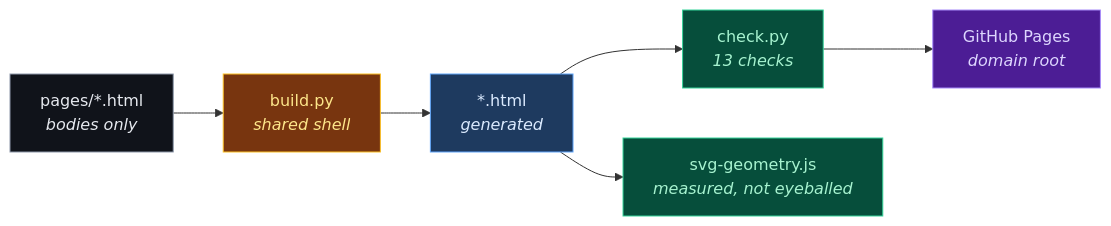
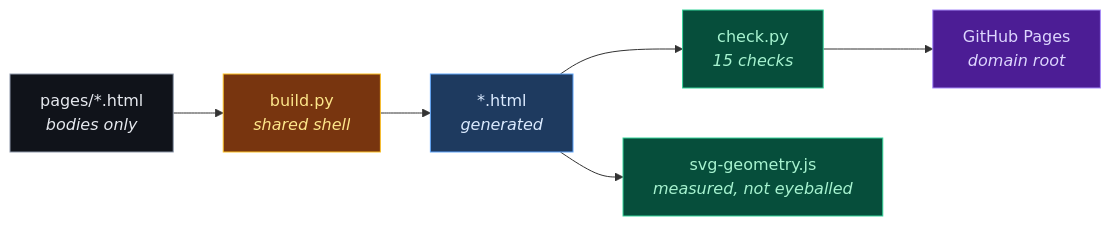
The diagram in README.md (doublegate-io/doublegate-io.github.io), drawn with Mermaid before and after one commit. The commit also changed other lines of this file and 21 other files, not shown here.

````diff
--- a/README.md
+++ b/README.md
@@ -28,15 +28,15 @@
 ```mermaid
 flowchart LR
   P["pages/*.html<br/><i>bodies only</i>"] --> B["build.py<br/><i>shared shell</i>"]
   B --> O["*.html<br/><i>generated</i>"]
-  O --> C["check.py<br/><i>13 checks</i>"]
+  O --> C["check.py<br/><i>15 checks</i>"]
   O --> G["svg-geometry.js<br/><i>measured, not eyeballed</i>"]
   C --> D["GitHub Pages<br/><i>domain root</i>"]
 
   style P fill:#10131a,stroke:#8d97a9,color:#e6e9ef
   style B fill:#78350f,stroke:#fbbf24,color:#fde68a
   style O fill:#1e3a5f,stroke:#60a5fa,color:#dbeafe
   style C fill:#064e3b,stroke:#34d399,color:#a7f3d0
   style G fill:#064e3b,stroke:#34d399,color:#a7f3d0
   style D fill:#4c1d95,stroke:#a78bfa,color:#ddd6fe
 ```
````
